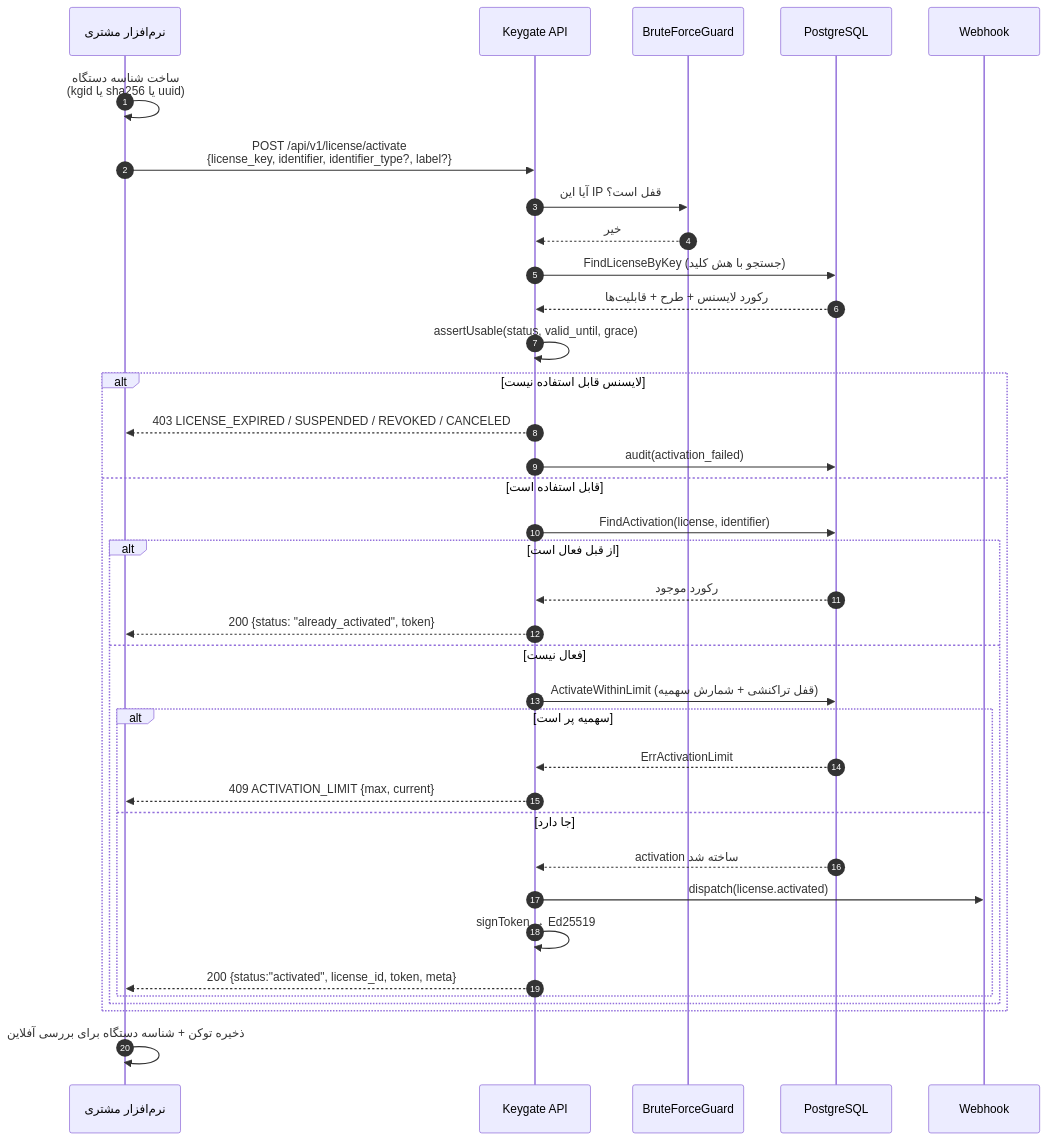
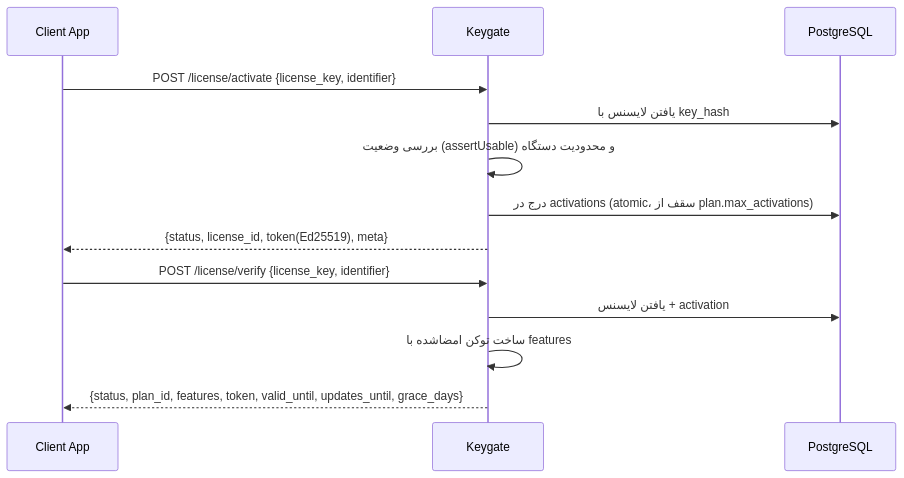
The second of 3 diagrams in docs/team-guide/architecture.md (aminshojaei13/keygate), drawn with Mermaid before and after one commit. The commit also changed other lines of this file and 34 other files, not shown here.

````diff
--- a/docs/team-guide/architecture.md
+++ b/docs/team-guide/architecture.md
@@ -116,39 +113,17 @@
 ```mermaid
 sequenceDiagram
-    autonumber
-    participant App as نرم‌افزار مشتری
-    participant API as Keygate API
-    participant BF as BruteForceGuard
+    participant App as Client App
+    participant KG as Keygate
     participant DB as PostgreSQL
-    participant WH as Webhook
 
-    App->>App: ساخت شناسه دستگاه<br/>(kgid یا sha256 یا uuid)
-    App->>API: POST /api/v1/license/activate<br/>{license_key, identifier, identifier_type?, label?}
-    API->>BF: آیا این IP قفل است؟
-    BF-->>API: خیر
-    API->>DB: FindLicenseByKey (جستجو با هش کلید)
-    DB-->>API: رکورد لایسنس + طرح + قابلیت‌ها
-    API->>API: assertUsable(status, valid_until, grace)
-    alt لایسنس قابل استفاده نیست
-        API-->>App: 403 LICENSE_EXPIRED / SUSPENDED / REVOKED / CANCELED
-        API->>DB: audit(activation_failed)
-    else قابل استفاده است
-        API->>DB: FindActivation(license, identifier)
-        alt از قبل فعال است
-            DB-->>API: رکورد موجود
-            API-->>App: 200 {status: "already_activated", token}
-        else فعال نیست
-            API->>DB: ActivateWithinLimit (قفل تراکنشی + شمارش سهمیه)
-            alt سهمیه پر است
-                DB-->>API: ErrActivationLimit
-                API-->>App: 409 ACTIVATION_LIMIT {max, current}
-            else جا دارد
-                DB-->>API: activation ساخته شد
-                API->>WH: dispatch(license.activated)
-                API->>API: signToken → Ed25519
-                API-->>App: 200 {status:"activated", license_id, token, meta}
-            end
-        end
-    end
-    App->>App: ذخیره توکن + شناسه دستگاه برای بررسی آفلاین
+    App->>KG: POST /license/activate {license_key, identifier}
+    KG->>DB: یافتن لایسنس با key_hash
+    KG->>KG: بررسی وضعیت (assertUsable) و محدودیت دستگاه
+    KG->>DB: درج در activations (atomic، سقف از plan.max_activations)
+    KG-->>App: {status, license_id, token(Ed25519), meta}
+
+    App->>KG: POST /license/verify {license_key, identifier}
+    KG->>DB: یافتن لایسنس + activation
+    KG->>KG: ساخت توکن امضاشده با features
+    KG-->>App: {status, plan_id, features, token, valid_until, updates_until, grace_days}
 ```
````
